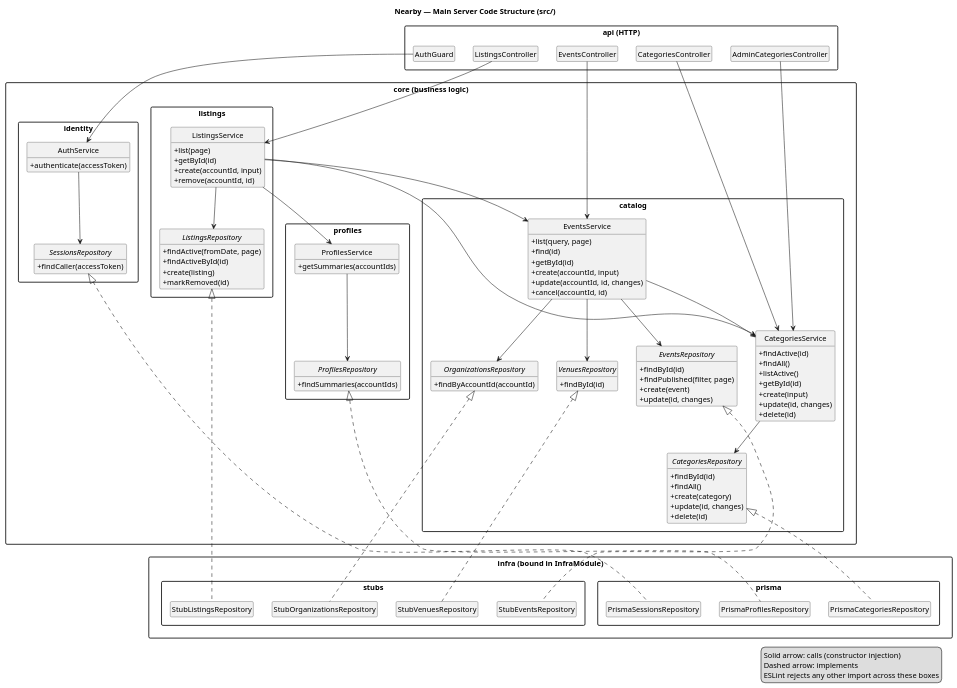
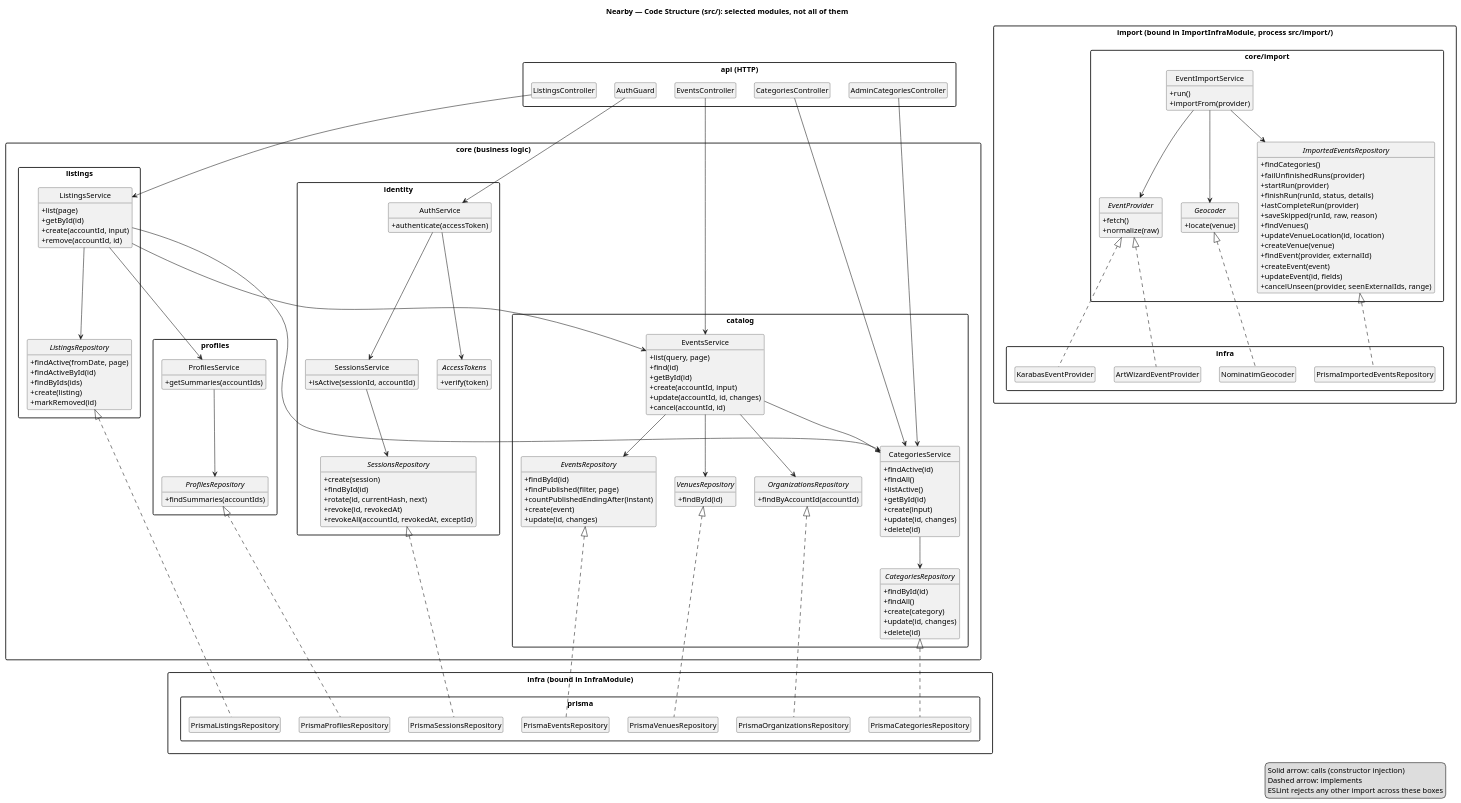
The diagram in docs/architecture/uml/code-structure.puml (ukma-fin-ssdm-2026/pun-intended-team), drawn with PlantUML before and after one commit. The commit also changed 1 other file, not shown here.

Commit message:
(#393) Update code structure diagram
The diagram still showed the stub repositories that #310 replaced. Bind
ListingsRepository, EventsRepository, VenuesRepository and
OrganizationsRepository to their Prisma classes, show how AuthService
checks a token (AccessTokens.verify, SessionsService.isActive) with the
current SessionsRepository methods, add the methods the repositories
gained, and add the import process with its providers and geocoder. The
title now says the diagram shows selected modules.

Refs #393

```diff
--- a/docs/architecture/uml/code-structure.puml
+++ b/docs/architecture/uml/code-structure.puml
@@ -3,7 +3,7 @@
   AI Usage Note
   Drafted with Claude from the code in src/.
 '/
-title Nearby — Main Server Code Structure (src/)
+title Nearby — Code Structure (src/): selected modules, not all of them
 
 skinparam shadowing false
 skinparam packageStyle rectangle
@@ -24,8 +24,18 @@
     class AuthService {
       +authenticate(accessToken)
     }
+    class SessionsService {
+      +isActive(sessionId, accountId)
+    }
+    abstract class AccessTokens {
+      +verify(token)
+    }
     abstract class SessionsRepository {
-      +findCaller(accessToken)
+      +create(session)
+      +findById(id)
+      +rotate(id, currentHash, next)
+      +revoke(id, revokedAt)
+      +revokeAll(accountId, revokedAt, exceptId)
     }
   }
 
@@ -39,6 +49,7 @@
     abstract class ListingsRepository {
       +findActive(fromDate, page)
       +findActiveById(id)
+      +findByIds(ids)
       +create(listing)
       +markRemoved(id)
     }
@@ -65,6 +76,7 @@
     abstract class EventsRepository {
       +findById(id)
       +findPublished(filter, page)
+      +countPublishedEndingAfter(instant)
       +create(event)
       +update(id, changes)
     }
@@ -98,12 +110,47 @@
     class PrismaSessionsRepository
     class PrismaCategoriesRepository
     class PrismaProfilesRepository
+    class PrismaListingsRepository
+    class PrismaEventsRepository
+    class PrismaVenuesRepository
+    class PrismaOrganizationsRepository
   }
-  package "stubs" {
-    class StubListingsRepository
-    class StubEventsRepository
-    class StubVenuesRepository
-    class StubOrganizationsRepository
+}
+
+package "import (bound in ImportInfraModule, process src/import/)" as IMPORT {
+  package "core/import" {
+    class EventImportService {
+      +run()
+      +importFrom(provider)
+    }
+    abstract class EventProvider {
+      +fetch()
+      +normalize(raw)
+    }
+    abstract class Geocoder {
+      +locate(venue)
+    }
+    abstract class ImportedEventsRepository {
+      +findCategories()
+      +failUnfinishedRuns(provider)
+      +startRun(provider)
+      +finishRun(runId, status, details)
+      +lastCompleteRun(provider)
+      +saveSkipped(runId, raw, reason)
+      +findVenues()
+      +updateVenueLocation(id, location)
+      +createVenue(venue)
+      +findEvent(provider, externalId)
+      +createEvent(event)
+      +updateEvent(id, fields)
+      +cancelUnseen(provider, seenExternalIds, range)
+    }
+  }
+  package "infra" as IMPORT_INFRA {
+    class ArtWizardEventProvider
+    class KarabasEventProvider
+    class NominatimGeocoder
+    class PrismaImportedEventsRepository
   }
 }
 
@@ -120,7 +167,9 @@
 ListingsService --> ProfilesService
 
 ' services reach storage through repositories
-AuthService --> SessionsRepository
+AuthService --> AccessTokens
+AuthService --> SessionsService
+SessionsService --> SessionsRepository
 ListingsService --> ListingsRepository
 EventsService --> CategoriesService
 EventsService --> EventsRepository
@@ -131,12 +180,21 @@
 
 ' infra implements core repositories
 SessionsRepository <|.. PrismaSessionsRepository
-ListingsRepository <|.. StubListingsRepository
-EventsRepository <|.. StubEventsRepository
+ListingsRepository <|.. PrismaListingsRepository
+EventsRepository <|.. PrismaEventsRepository
 CategoriesRepository <|.. PrismaCategoriesRepository
-VenuesRepository <|.. StubVenuesRepository
-OrganizationsRepository <|.. StubOrganizationsRepository
+VenuesRepository <|.. PrismaVenuesRepository
+OrganizationsRepository <|.. PrismaOrganizationsRepository
 ProfilesRepository <|.. PrismaProfilesRepository
+
+' the import runs as its own process, with its own infra bindings
+EventImportService --> EventProvider
+EventImportService --> Geocoder
+EventImportService --> ImportedEventsRepository
+EventProvider <|.. ArtWizardEventProvider
+EventProvider <|.. KarabasEventProvider
+Geocoder <|.. NominatimGeocoder
+ImportedEventsRepository <|.. PrismaImportedEventsRepository
 
 legend right
   Solid arrow: calls (constructor injection)
```
